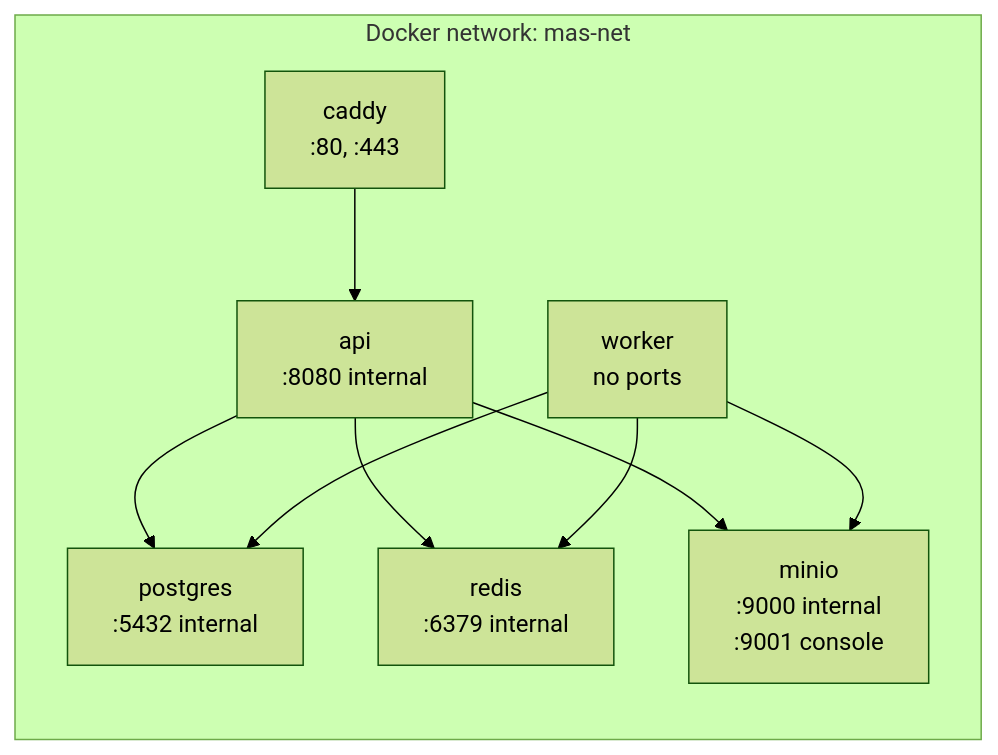
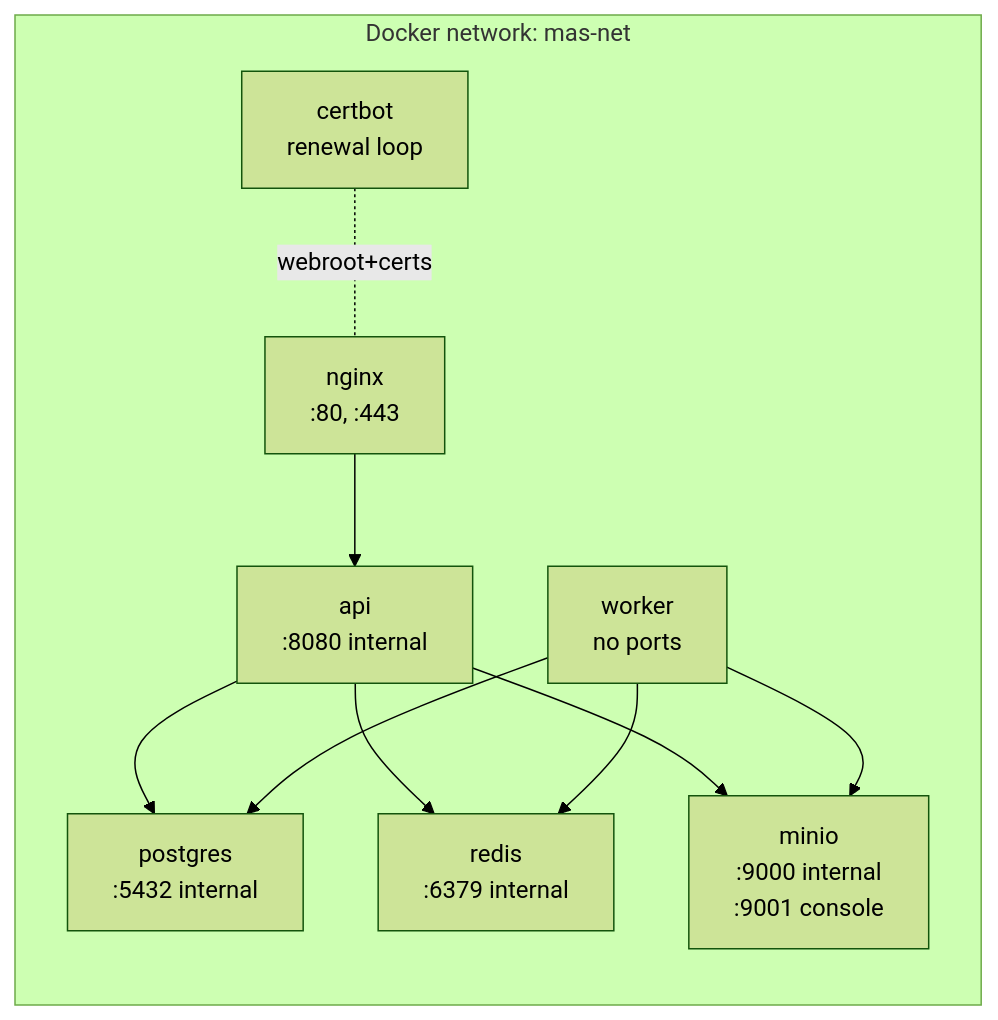
The diagram in docs/07-deployment.md (eliseiv/mail-agregator), drawn with Mermaid (forest theme) before and after one commit. The commit also changed other lines of this file and 17 other files, not shown here.

````diff
--- a/docs/07-deployment.md
+++ b/docs/07-deployment.md
@@ -9,15 +9,17 @@
 ```mermaid
 flowchart LR
     subgraph net[Docker network: mas-net]
         api[api<br/>:8080 internal]
         worker[worker<br/>no ports]
         pg[postgres<br/>:5432 internal]
         rd[redis<br/>:6379 internal]
         mn[minio<br/>:9000 internal<br/>:9001 console]
-        cd[caddy<br/>:80, :443]
+        ng[nginx<br/>:80, :443]
+        cb[certbot<br/>renewal loop]
     end
 
-    cd --> api
+    ng --> api
     api --> pg & rd & mn
     worker --> pg & rd & mn
+    cb -. webroot+certs .- ng
 ```
````
